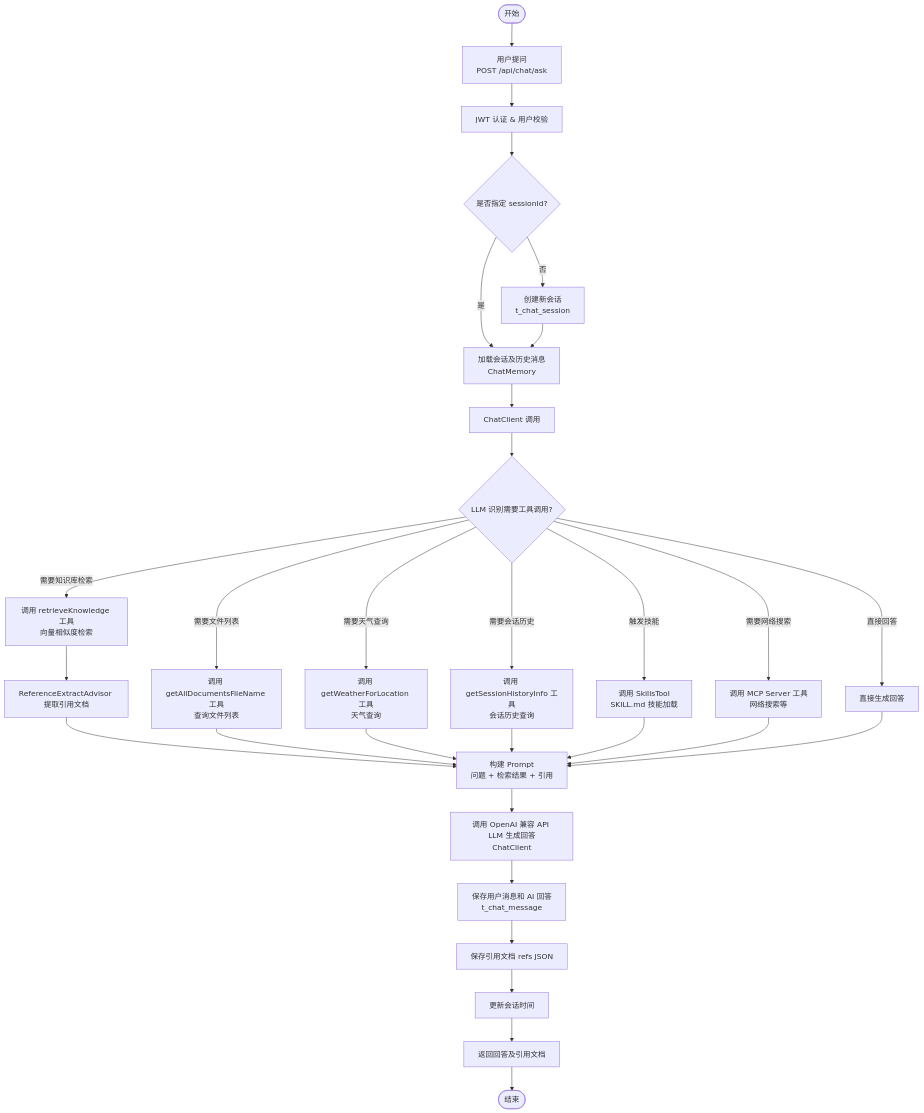
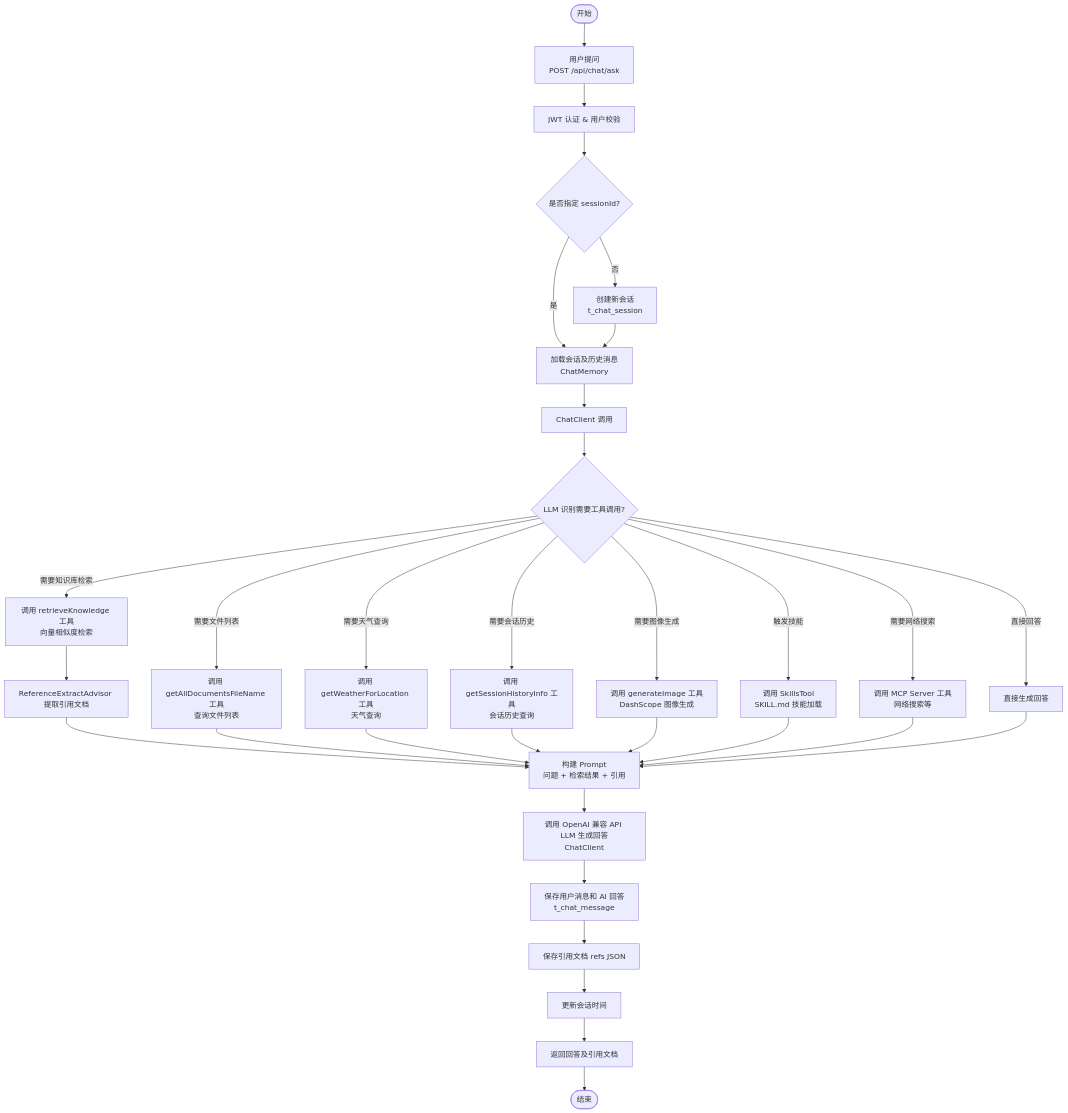
One commit to Utomcat/spring-ai-rag-agent changed the fourth of 6 diagrams in md/architecture.md. Above: the diagram before and after it, drawn with Mermaid. The commit also changed other lines of this file and 7 other files, not shown here.

First line of the commit message:
feat(ai): 添加多模型路由和图像生成工具支持

````diff
--- a/md/architecture.md
+++ b/md/architecture.md
@@ -296,32 +304,34 @@
 ```mermaid
 flowchart TD
     Start([开始]) --> Ask[用户提问<br/>POST /api/chat/ask]
     Ask --> Auth[JWT 认证 & 用户校验]
     Auth --> GetSession{是否指定 sessionId?}
     GetSession -->|是| LoadSession[加载会话及历史消息<br/>ChatMemory]
     GetSession -->|否| CreateSession[创建新会话<br/>t_chat_session]
     CreateSession --> LoadSession
     LoadSession --> ChatClientCall[ChatClient 调用]
     ChatClientCall --> ToolDetect{LLM 识别需要工具调用?}
     ToolDetect -->|需要知识库检索| CallRetrieval[调用 retrieveKnowledge 工具<br/>向量相似度检索]
     ToolDetect -->|需要文件列表| CallDocList[调用 getAllDocumentsFileName 工具<br/>查询文件列表]
     ToolDetect -->|需要天气查询| CallWeather[调用 getWeatherForLocation 工具<br/>天气查询]
     ToolDetect -->|需要会话历史| CallSessionHistory[调用 getSessionHistoryInfo 工具<br/>会话历史查询]
+    ToolDetect -->|需要图像生成| CallImageGen[调用 generateImage 工具<br/>DashScope 图像生成]
     ToolDetect -->|触发技能| CallSkills[调用 SkillsTool<br/>SKILL.md 技能加载]
     ToolDetect -->|需要网络搜索| CallMcp[调用 MCP Server 工具<br/>网络搜索等]
     ToolDetect -->|直接回答| DirectAnswer[直接生成回答]
     CallRetrieval --> ExtractRefs[ReferenceExtractAdvisor 提取引用文档]
     ExtractRefs --> BuildPrompt[构建 Prompt<br/>问题 + 检索结果 + 引用]
     CallDocList --> BuildPrompt
     CallWeather --> BuildPrompt
     CallSessionHistory --> BuildPrompt
+    CallImageGen --> BuildPrompt
     CallSkills --> BuildPrompt
     CallMcp --> BuildPrompt
     DirectAnswer --> BuildPrompt
     BuildPrompt --> CallLLM[调用 OpenAI 兼容 API LLM 生成回答<br/>ChatClient]
     CallLLM --> SaveMsg[保存用户消息和 AI 回答<br/>t_chat_message]
     SaveMsg --> SaveRefs[保存引用文档 refs JSON]
     SaveRefs --> UpdateSession[更新会话时间]
     UpdateSession --> Return[返回回答及引用文档]
     Return --> End([结束])
 ```
````
